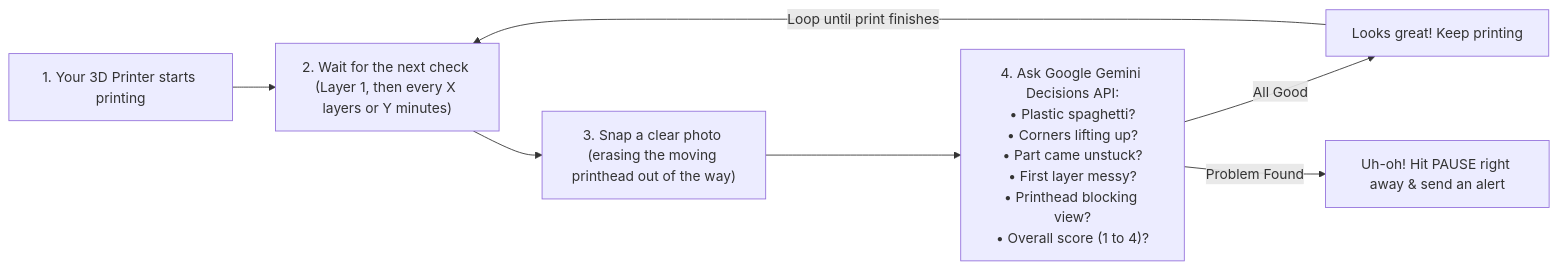
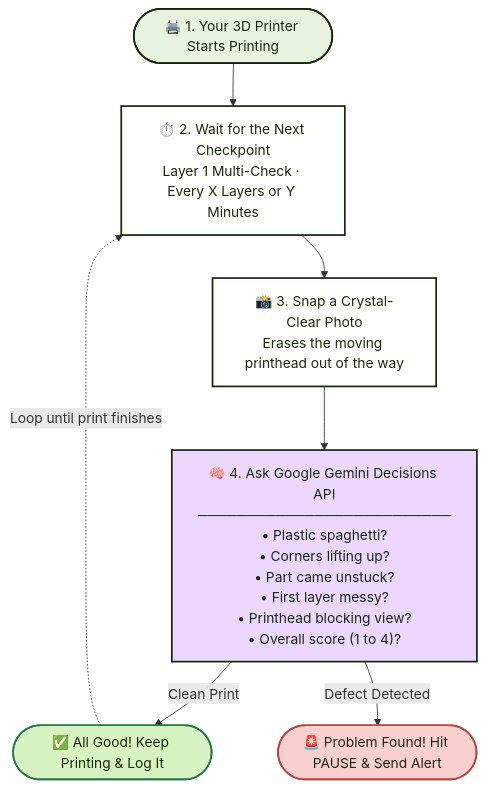
One commit to bibouinc/bambu-ai-guard changed the diagram in README.md. Above: the diagram before and after it, drawn with Mermaid.

Commit message:
docs: style Mermaid diagram as color-coded top-down infographic

````diff
--- a/README.md
+++ b/README.md
@@ -36,15 +36,23 @@
 ```mermaid
-flowchart LR
-    P["1. Your 3D Printer starts printing"]
-    T["2. Wait for the next check (Layer 1, then every X layers or Y minutes)"]
-    C["3. Snap a clear photo (erasing the moving printhead out of the way)"]
-    AI["4. Ask Google Gemini Decisions API:<br/>• Plastic spaghetti?<br/>• Corners lifting up?<br/>• Part came unstuck?<br/>• First layer messy?<br/>• Printhead blocking view?<br/>• Overall score (1 to 4)?"]
-    OK["Looks great! Keep printing"]
-    FAIL["Uh-oh! Hit PAUSE right away & send an alert"]
+flowchart TD
+    P(["🖨️ 1. Your 3D Printer Starts Printing"])
+    T["⏱️ 2. Wait for the Next Checkpoint<br/>Layer 1 Multi-Check · Every X Layers or Y Minutes"]
+    C["📸 3. Snap a Crystal-Clear Photo<br/>Erases the moving printhead out of the way"]
+    AI["🧠 4. Ask Google Gemini Decisions API<br/>──────────────────────────<br/>• Plastic spaghetti?<br/>• Corners lifting up?<br/>• Part came unstuck?<br/>• First layer messy?<br/>• Printhead blocking view?<br/>• Overall score (1 to 4)?"]
+    OK(["✅ All Good! Keep Printing & Log It"])
+    FAIL(["🚨 Problem Found! Hit PAUSE & Send Alert"])
 
     P --> T
-    T --> C --> AI
-    AI -->|"All Good"| OK
-    OK -->|"Loop until print finishes"| T
-    AI -->|"Problem Found"| FAIL
+    T --> C
+    C --> AI
+    AI -->|"Clean Print"| OK
+    OK -.->|"Loop until print finishes"| T
+    AI -->|"Defect Detected"| FAIL
+
+    style P fill:#E7F2DF,stroke:#1A260E,stroke-width:2px,color:#1A260E
+    style T fill:#FDFFFB,stroke:#1A260E,stroke-width:2px,color:#1A260E
+    style C fill:#FDFFFB,stroke:#1A260E,stroke-width:2px,color:#1A260E
+    style AI fill:#ECD8FF,stroke:#1A260E,stroke-width:2px,color:#1A260E
+    style OK fill:#D7F3C2,stroke:#217B44,stroke-width:2px,color:#1A260E
+    style FAIL fill:#FAD0CE,stroke:#BE423F,stroke-width:2px,color:#1A260E
 ```
````
